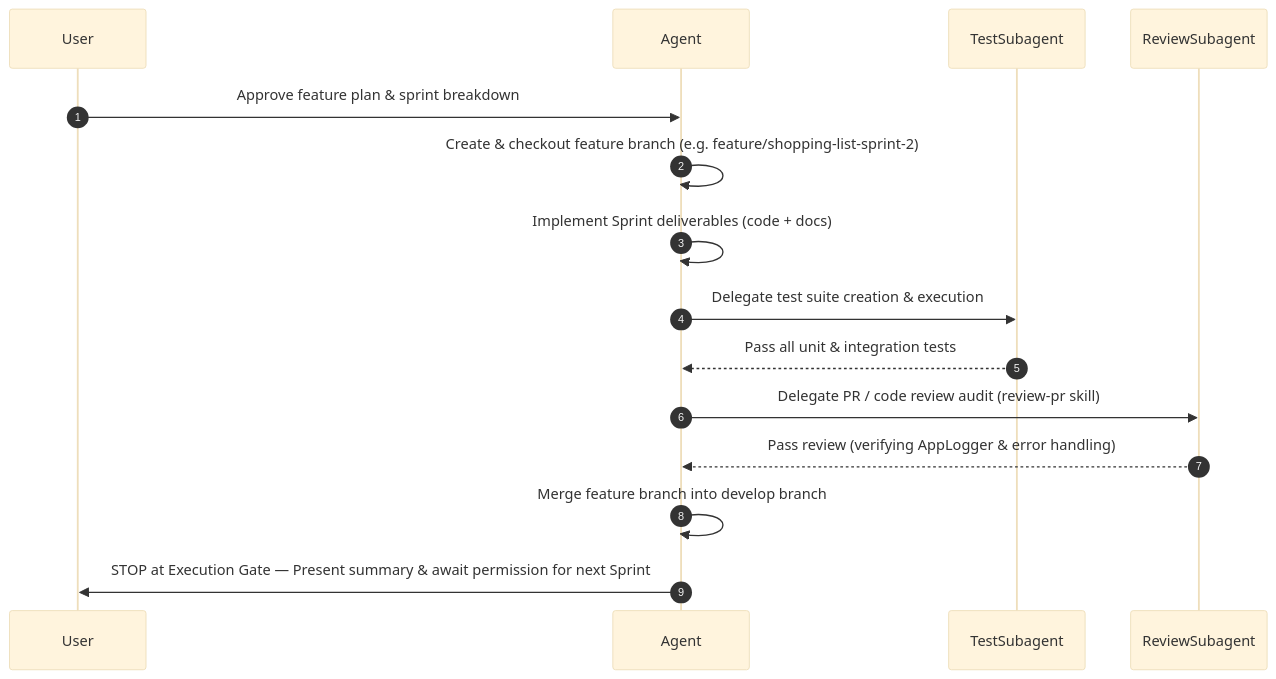
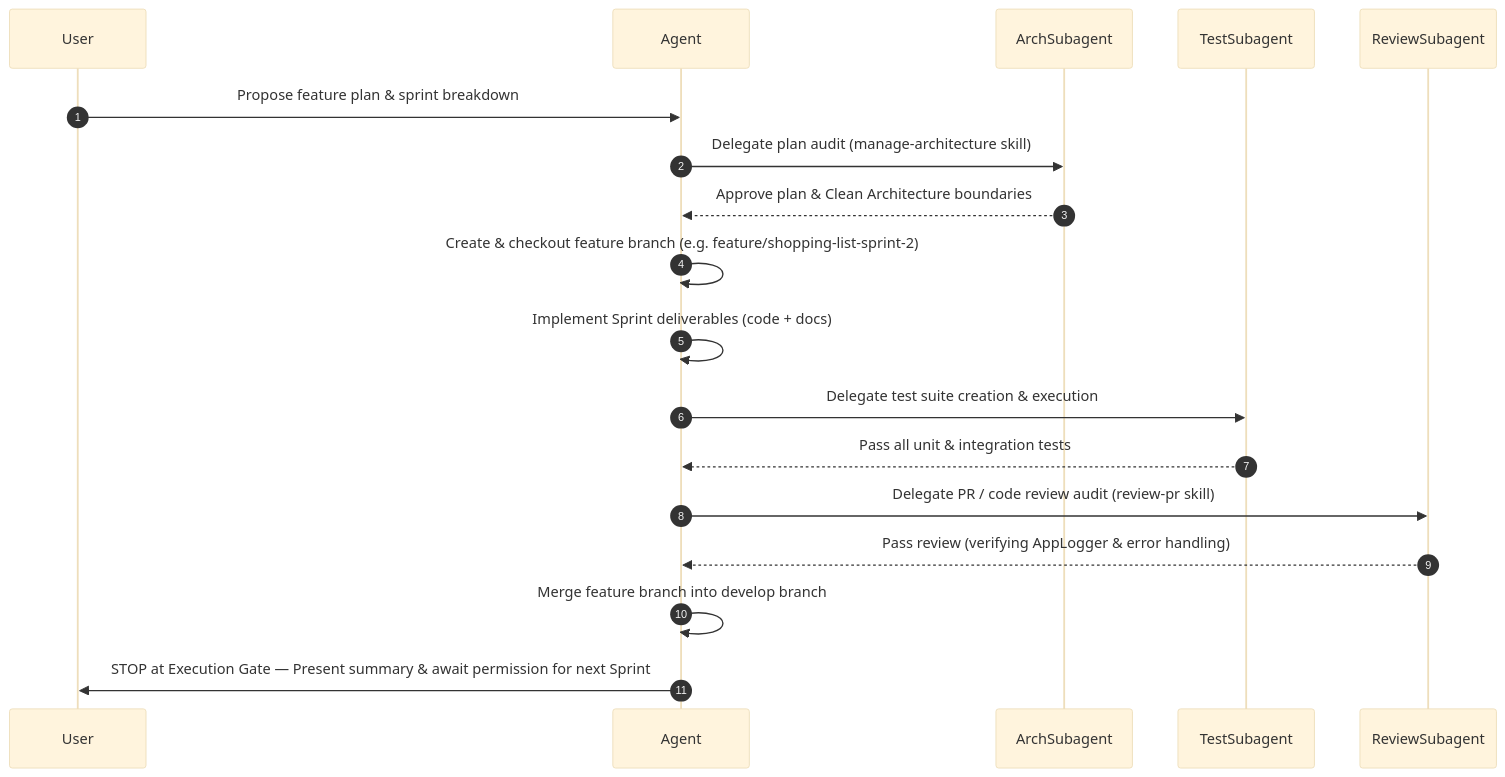
The diagram in .agents/skills/gitflow-sprint-workflow/SKILL.md (guyc2/ShoppingExplore), drawn with Mermaid (base theme) before and after one commit. The commit also changed other lines of this file and 4 other files, not shown here.

Commit message:
feat: add manage-architecture skill and Architecture Manager Subagent to workflow and rules

````diff
--- a/.agents/skills/gitflow-sprint-workflow/SKILL.md
+++ b/.agents/skills/gitflow-sprint-workflow/SKILL.md
@@ -26,13 +26,15 @@
 ```mermaid
 sequenceDiagram
     autonumber
-    User->>Agent: Approve feature plan & sprint breakdown
+    User->>Agent: Propose feature plan & sprint breakdown
+    Agent->>ArchSubagent: Delegate plan audit (manage-architecture skill)
+    ArchSubagent-->>Agent: Approve plan & Clean Architecture boundaries
     Agent->>Agent: Create & checkout feature branch (e.g. feature/shopping-list-sprint-2)
     Agent->>Agent: Implement Sprint deliverables (code + docs)
     Agent->>TestSubagent: Delegate test suite creation & execution
     TestSubagent-->>Agent: Pass all unit & integration tests
     Agent->>ReviewSubagent: Delegate PR / code review audit (review-pr skill)
     ReviewSubagent-->>Agent: Pass review (verifying AppLogger & error handling)
     Agent->>Agent: Merge feature branch into develop branch
     Agent->>User: STOP at Execution Gate — Present summary & await permission for next Sprint
 ```
````
